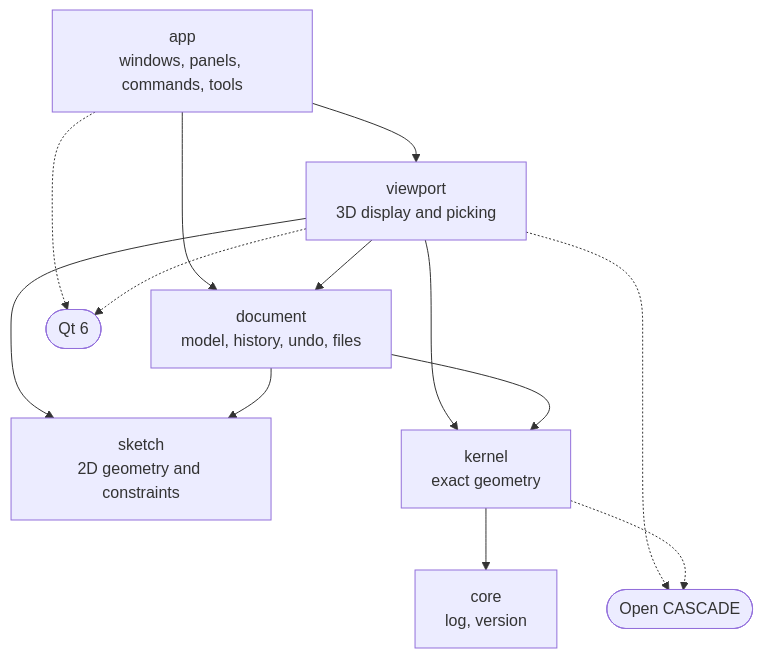
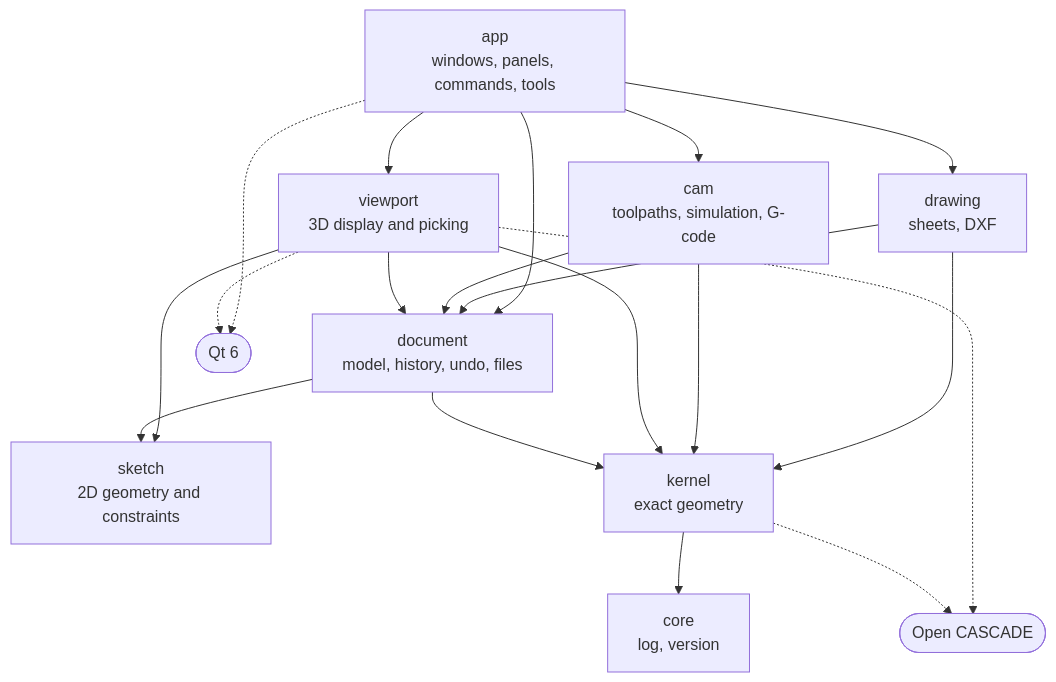
One commit to CheapAzHobbies/LCAD changed the diagram in docs/ARCHITECTURE.md. Above: the diagram before and after it, drawn with Mermaid. The commit also changed other lines of this file and 9 other files, not shown here.

````diff
--- a/docs/ARCHITECTURE.md
+++ b/docs/ARCHITECTURE.md
@@ -43,24 +44,32 @@
 ```mermaid
 flowchart TD
     app["app<br/>windows, panels, commands, tools"]
     viewport["viewport<br/>3D display and picking"]
     document["document<br/>model, history, undo, files"]
     sketch["sketch<br/>2D geometry and constraints"]
     kernel["kernel<br/>exact geometry"]
     core["core<br/>log, version"]
+    drawing["drawing<br/>sheets, DXF"]
+    cam["cam<br/>toolpaths, simulation, G-code"]
     qt(["Qt 6"])
     occt(["Open CASCADE"])
 
     app --> viewport
     app --> document
+    app --> drawing
+    app --> cam
+    drawing --> document
+    drawing --> kernel
+    cam --> document
+    cam --> kernel
     viewport --> document
     viewport --> kernel
     viewport --> sketch
     document --> sketch
     document --> kernel
     kernel --> core
     app -.-> qt
     viewport -.-> qt
     viewport -.-> occt
     kernel -.-> occt
 ```
````
